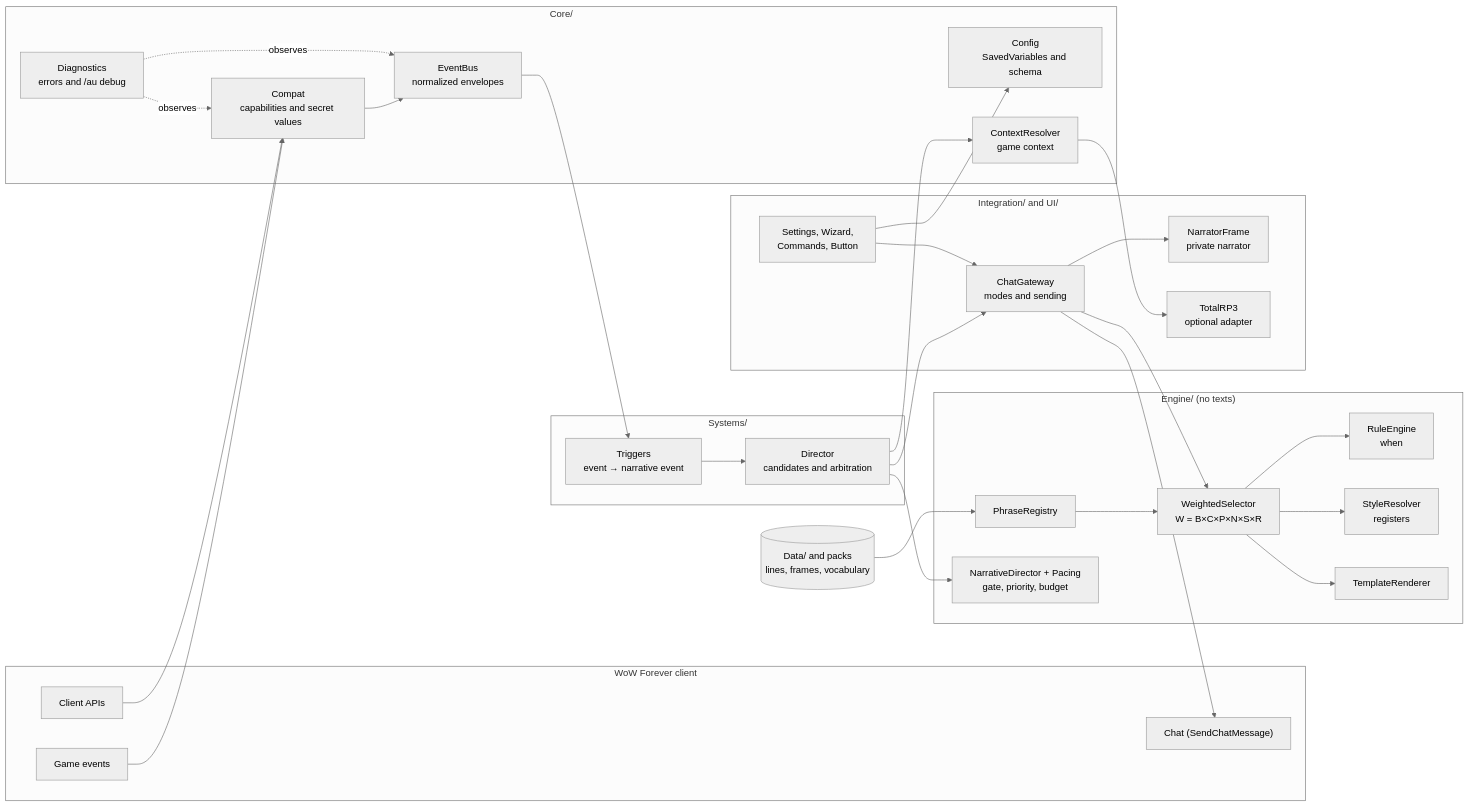
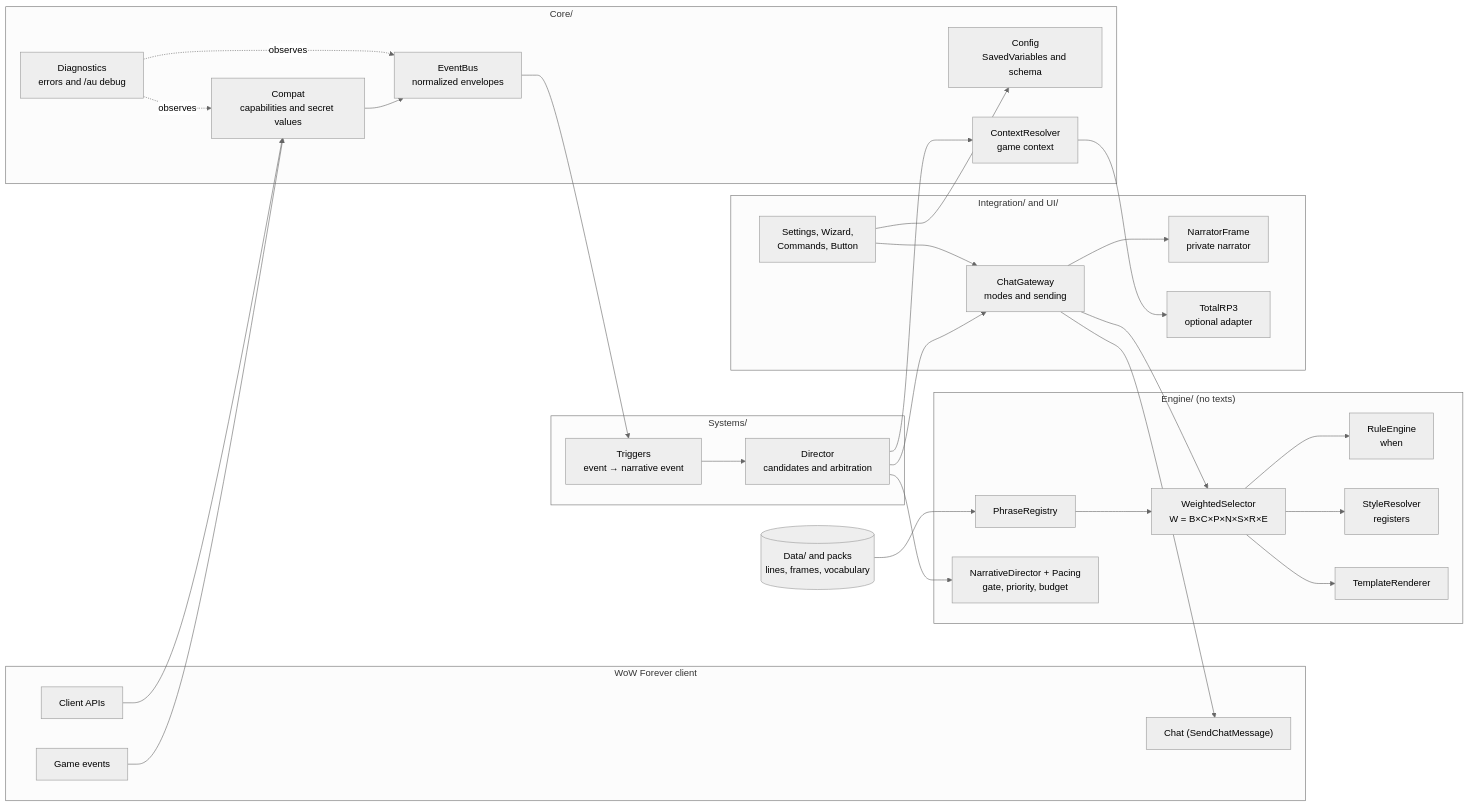
The first of 19 diagrams in docs/ARCHITECTURE.md (Finland6738/azeroth-unspoken), drawn with Mermaid (neutral theme) before and after one commit. The commit also changed other lines of this file and 51 other files, not shown here.

````diff
--- a/docs/ARCHITECTURE.md
+++ b/docs/ARCHITECTURE.md
@@ -21,58 +21,58 @@
 ```mermaid
 flowchart LR
     subgraph Client["WoW Forever client"]
         EV["Game events"]
         API["Client APIs"]
         CHAT["Chat (SendChatMessage)"]
     end
 
     subgraph Core["Core/"]
         COMPAT["Compat<br/>capabilities and secret values"]
         BUS["EventBus<br/>normalized envelopes"]
         CFG["Config<br/>SavedVariables and schema"]
         CTX["ContextResolver<br/>game context"]
         DIAG["Diagnostics<br/>errors and /au debug"]
     end
 
     subgraph Sys["Systems/"]
         TRG["Triggers<br/>event → narrative event"]
         DIR["Director<br/>candidates and arbitration"]
     end
 
     subgraph Eng["Engine/ (no texts)"]
         REG["PhraseRegistry"]
         RULE["RuleEngine<br/>when"]
         ND["NarrativeDirector + Pacing<br/>gate, priority, budget"]
-        SEL["WeightedSelector<br/>W = B×C×P×N×S×R"]
+        SEL["WeightedSelector<br/>W = B×C×P×N×S×R×E"]
         STY["StyleResolver<br/>registers"]
         TPL["TemplateRenderer"]
     end
 
     subgraph Out["Integration/ and UI/"]
         GW["ChatGateway<br/>modes and sending"]
         NAR["NarratorFrame<br/>private narrator"]
         TRP["TotalRP3<br/>optional adapter"]
         UI["Settings, Wizard,<br/>Commands, Button"]
     end
 
     DATA[("Data/ and packs<br/>lines, frames, vocabulary")]
 
     EV --> COMPAT --> BUS --> TRG --> DIR
     DIR --> ND
     DIR --> CTX
     DIR --> GW
     API --> COMPAT
     CTX --> TRP
     GW --> SEL
     SEL --> RULE
     SEL --> STY
     SEL --> TPL
     REG --> SEL
     DATA --> REG
     GW --> NAR
     GW --> CHAT
     UI --> GW
     UI --> CFG
     DIAG -. observes .-> BUS
     DIAG -. observes .-> COMPAT
 ```
````
